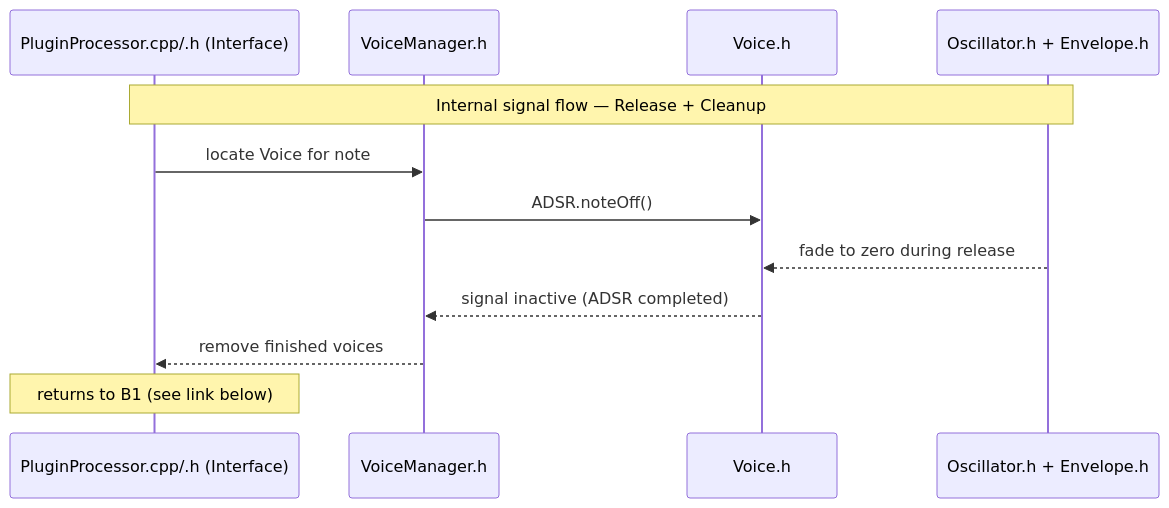
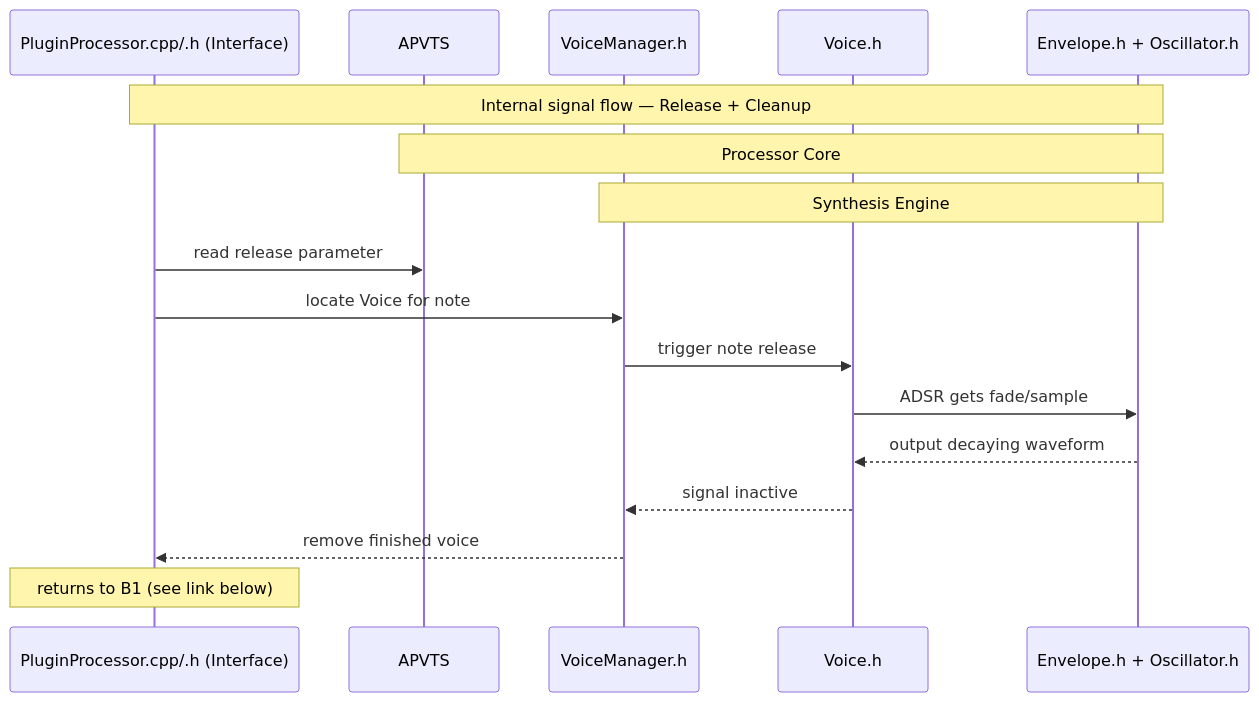
The fourth of 6 diagrams in docs/architecture.md (TYLERSFOSTER/MIDIControl001), drawn with Mermaid before and after one commit. The commit also changed other lines of this file, not shown here.

Commit message:
plugin design

````diff
--- a/docs/architecture.md
+++ b/docs/architecture.md
@@ -81,15 +119,20 @@
 ```mermaid
 sequenceDiagram
 participant PluginProcessor as PluginProcessor.cpp/.h (Interface)
+participant ValueTree as APVTS
 participant VoiceManager as VoiceManager.h
 participant Voice as Voice.h
-participant DSP as Oscillator.h + Envelope.h
+participant DSP as Envelope.h + Oscillator.h
 
 Note over PluginProcessor,DSP: Internal signal flow — Release + Cleanup
+Note over ValueTree,DSP: Processor Core
+Note over VoiceManager,DSP: Synthesis Engine
+PluginProcessor->>ValueTree: read release parameter
 PluginProcessor->>VoiceManager: locate Voice for note
-VoiceManager->>Voice: ADSR.noteOff()
-DSP-->>Voice: fade to zero during release
-Voice-->>VoiceManager: signal inactive (ADSR completed)
-VoiceManager-->>PluginProcessor: remove finished voices
+VoiceManager->>Voice: trigger note release
+Voice->>DSP: ADSR gets fade/sample
+DSP-->>Voice: output decaying waveform
+Voice-->>VoiceManager: signal inactive
+VoiceManager-->>PluginProcessor: remove finished voice
 Note over PluginProcessor: returns to B1 (see link below)
 ```
````
